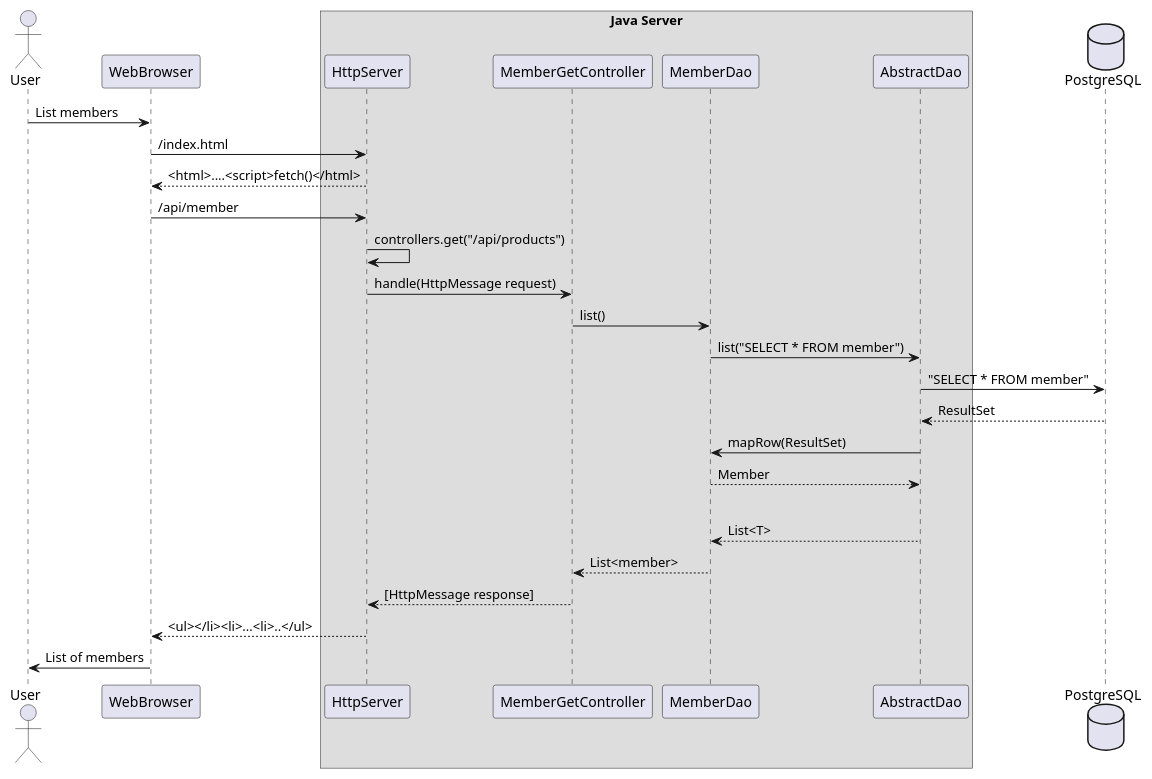
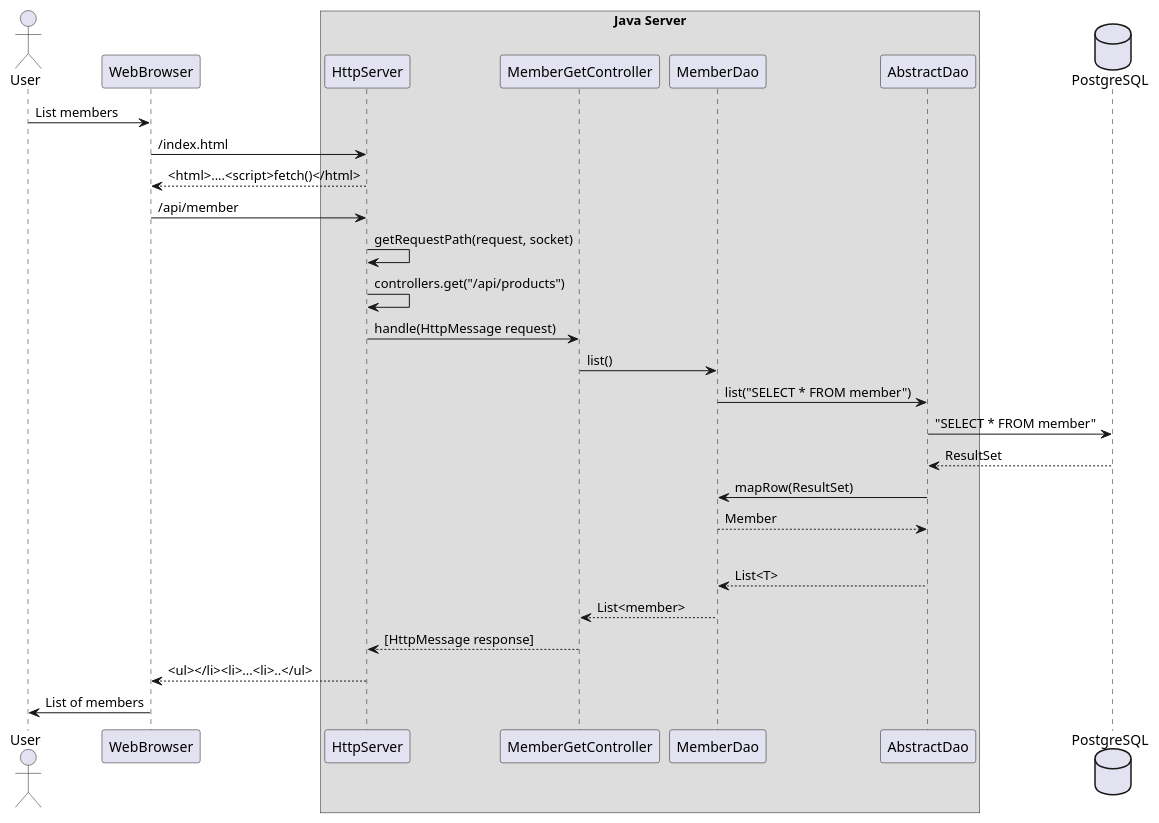
Before and after one commit to ghandeland/http-server-exam: the diagram in docs/server_structure.puml, drawn with PlantUML. The commit also changed 9 other files, not shown here.

Commit message:
updated plantUML (#70)

```diff
--- a/docs/server_structure.puml
+++ b/docs/server_structure.puml
@@ -1,34 +1,35 @@
 @startuml
 
 actor User
 participant WebBrowser
 
 box Java Server
    participant HttpServer
    participant MemberGetController
    participant MemberDao
    participant AbstractDao
 end box
 
 database PostgreSQL
 
 User -> WebBrowser: List members
 WebBrowser -> HttpServer: /index.html
 WebBrowser <-- HttpServer: <html>....<script>fetch()</html>
 WebBrowser -> HttpServer: /api/member
+HttpServer -> HttpServer: getRequestPath(request, socket)
 HttpServer -> HttpServer: controllers.get("/api/products")
 HttpServer -> MemberGetController: handle(HttpMessage request)
 MemberGetController -> MemberDao: list()
 MemberDao -> AbstractDao: list("SELECT * FROM member")
 AbstractDao -> PostgreSQL: "SELECT * FROM member"
 AbstractDao <-- PostgreSQL: ResultSet
 MemberDao <- AbstractDao: mapRow(ResultSet)
 MemberDao --> AbstractDao: Member
 |||
 AbstractDao --> MemberDao: List<T>
 MemberGetController <-- MemberDao: List<member>
 HttpServer <-- MemberGetController: [HttpMessage response]
 WebBrowser <-- HttpServer: <ul></li><li>...<li>..</ul>
 User <- WebBrowser: List of members
 
 @enduml
```
